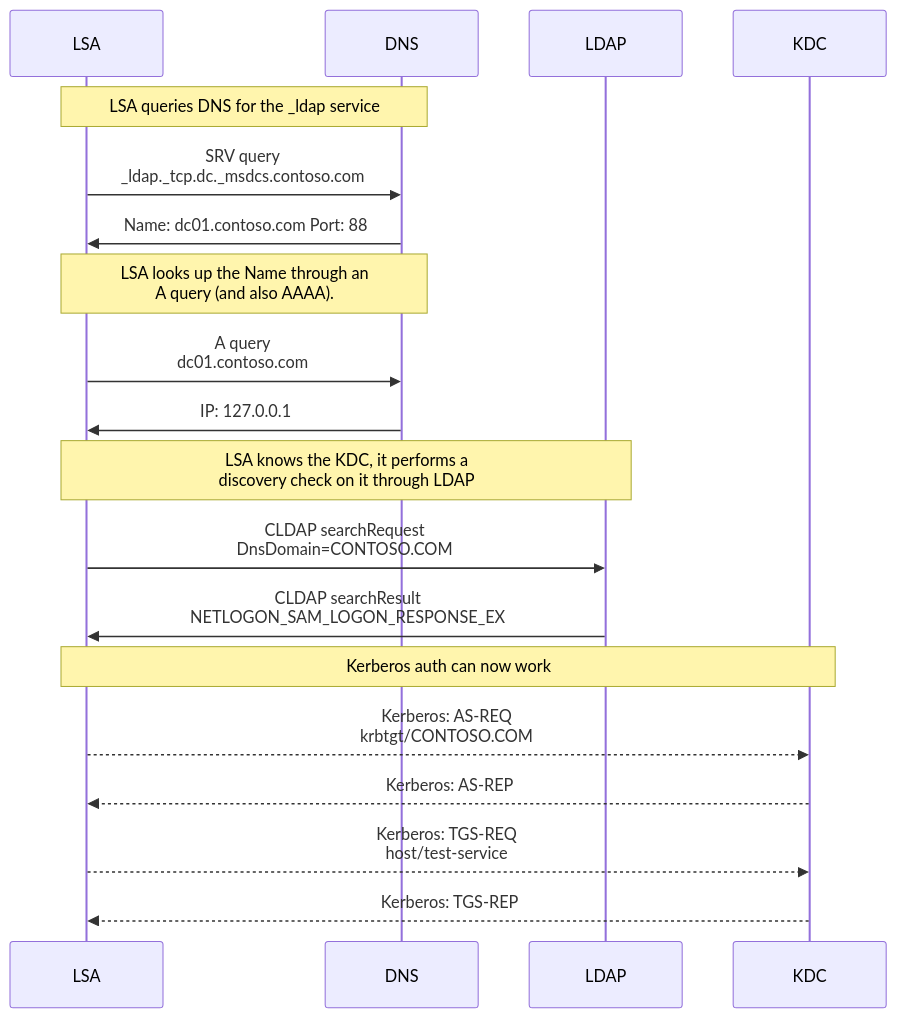
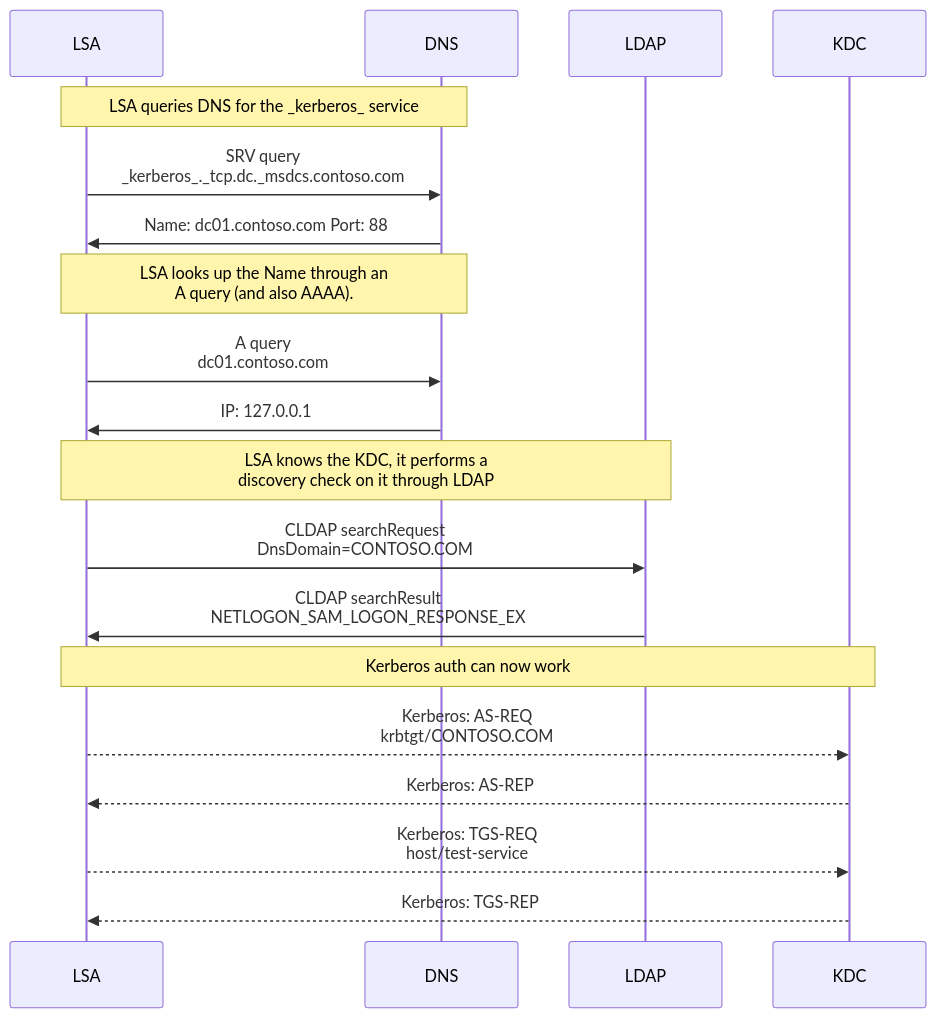
Before and after one commit to jborean93/LocalKdc: the diagram in README.md, drawn with Mermaid. The commit also changed other lines of this file and 12 other files, not shown here.

````diff
--- a/README.md
+++ b/README.md
@@ -46,21 +47,21 @@
 ```mermaid
 sequenceDiagram
     participant W as LSA
     participant D as DNS
     participant L as LDAP
     participant K as KDC
-    Note over W,D: LSA queries DNS for the _ldap service
-    W->>D: SRV query<br/>_ldap._tcp.dc._msdcs.contoso.com
+    Note over W,D: LSA queries DNS for the _kerberos_ service
+    W->>D: SRV query<br/>_kerberos_._tcp.dc._msdcs.contoso.com
     D->>W: Name: dc01.contoso.com Port: 88
     Note over W,D: LSA looks up the Name through an<br/>A query (and also AAAA).
     W->>D: A query<br/>dc01.contoso.com
     D->>W: IP: 127.0.0.1
     Note over W,L: LSA knows the KDC, it performs a<br/>discovery check on it through LDAP
     W->>L: CLDAP searchRequest<br/>DnsDomain=CONTOSO.COM
     L->>W: CLDAP searchResult<br/>NETLOGON_SAM_LOGON_RESPONSE_EX
     Note over W,K: Kerberos auth can now work
     W-->>K: Kerberos: AS-REQ<br/>krbtgt/CONTOSO.COM
     K-->>W: Kerberos: AS-REP
     W-->>K: Kerberos: TGS-REQ<br/>host/test-service
     K-->>W: Kerberos: TGS-REP
 ```
````
